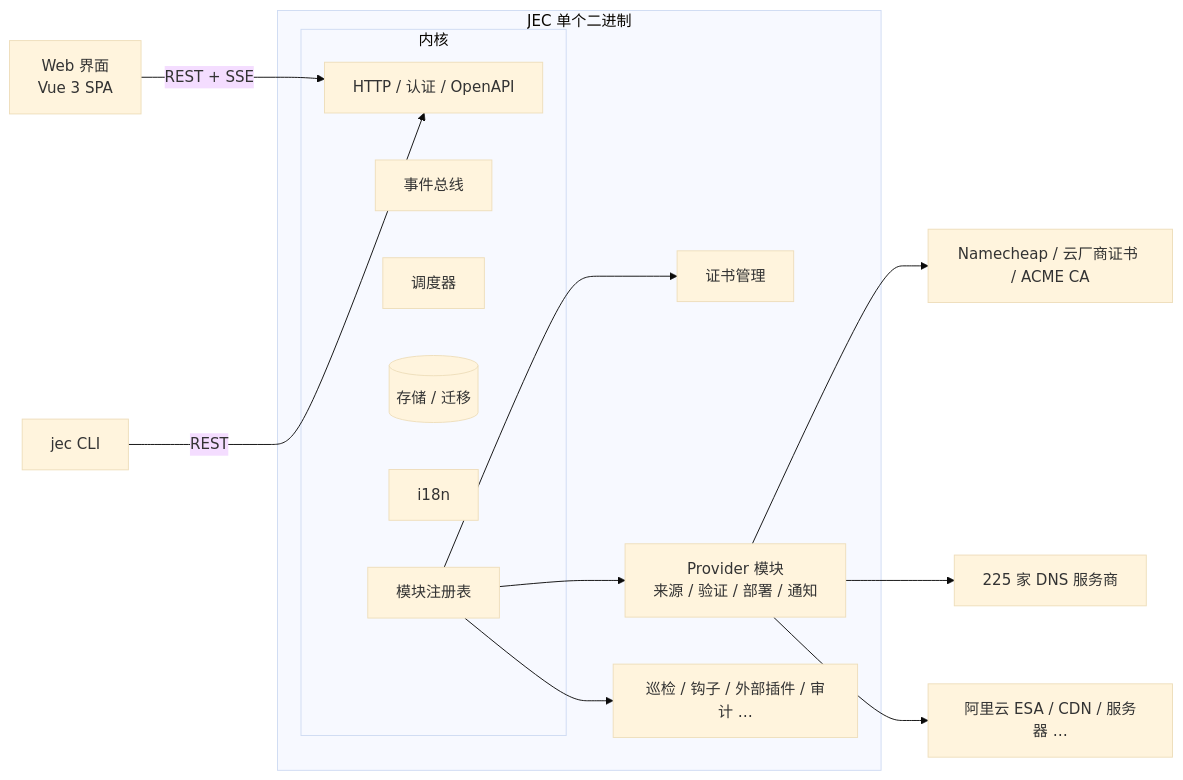
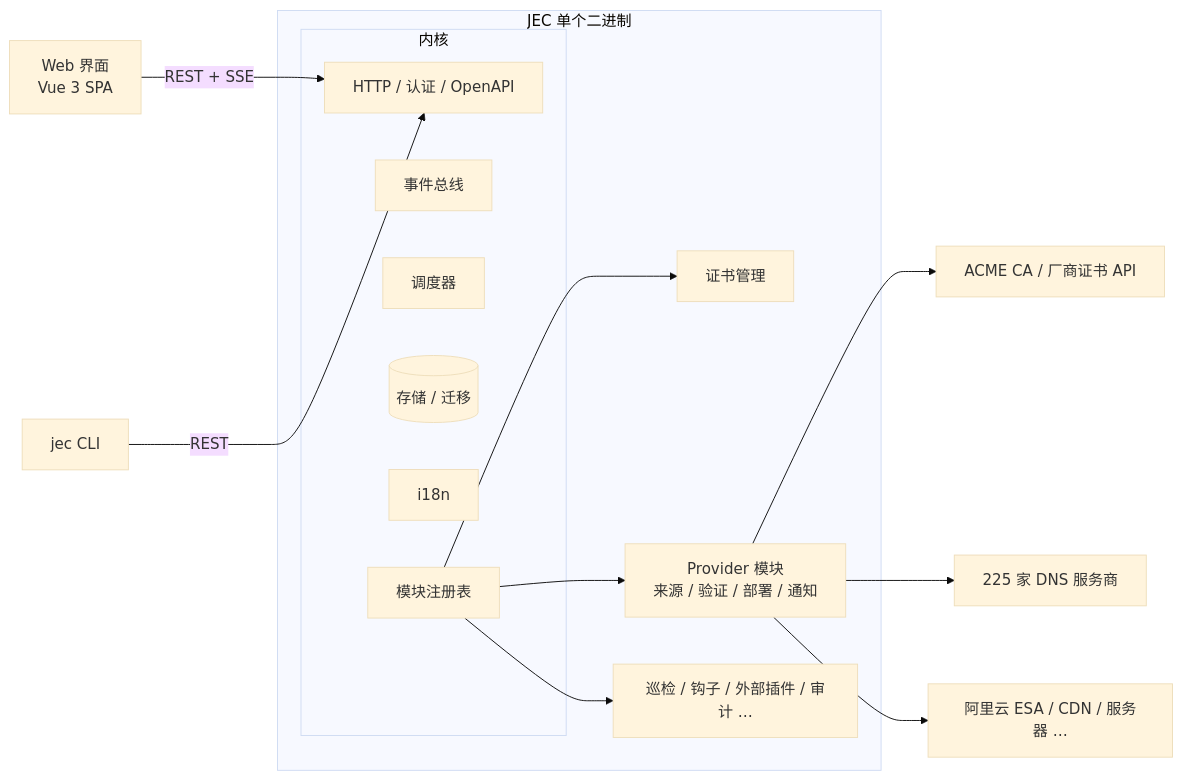
Before and after one commit to XMZO/JustEnoughCerts: the first of 2 diagrams in PLAN.md, drawn with Mermaid (base theme). The commit also changed other lines of this file, not shown here.

Commit message:
docs: position as a generic panel centered on ACME + EAB

````diff
--- a/PLAN.md
+++ b/PLAN.md
@@ -67,21 +75,21 @@
 ```mermaid
 flowchart LR
   UI[Web 界面<br/>Vue 3 SPA] -->|REST + SSE| API
   CLI[jec CLI] -->|REST| API
   subgraph JEC 单个二进制
     subgraph Kernel[内核]
       API[HTTP / 认证 / OpenAPI]
       Bus[事件总线]
       Sched[调度器]
       Store[(存储 / 迁移)]
       I18N[i18n]
       Reg[模块注册表]
     end
     Reg --> M1[证书管理]
     Reg --> M2[Provider 模块<br/>来源 / 验证 / 部署 / 通知]
     Reg --> M3[巡检 / 钩子 / 外部插件 / 审计 …]
   end
-  M2 --> NC[Namecheap / 云厂商证书 / ACME CA]
+  M2 --> NC[ACME CA / 厂商证书 API]
   M2 --> DNS[225 家 DNS 服务商]
   M2 --> ESA[阿里云 ESA / CDN / 服务器 …]
 ```
````
